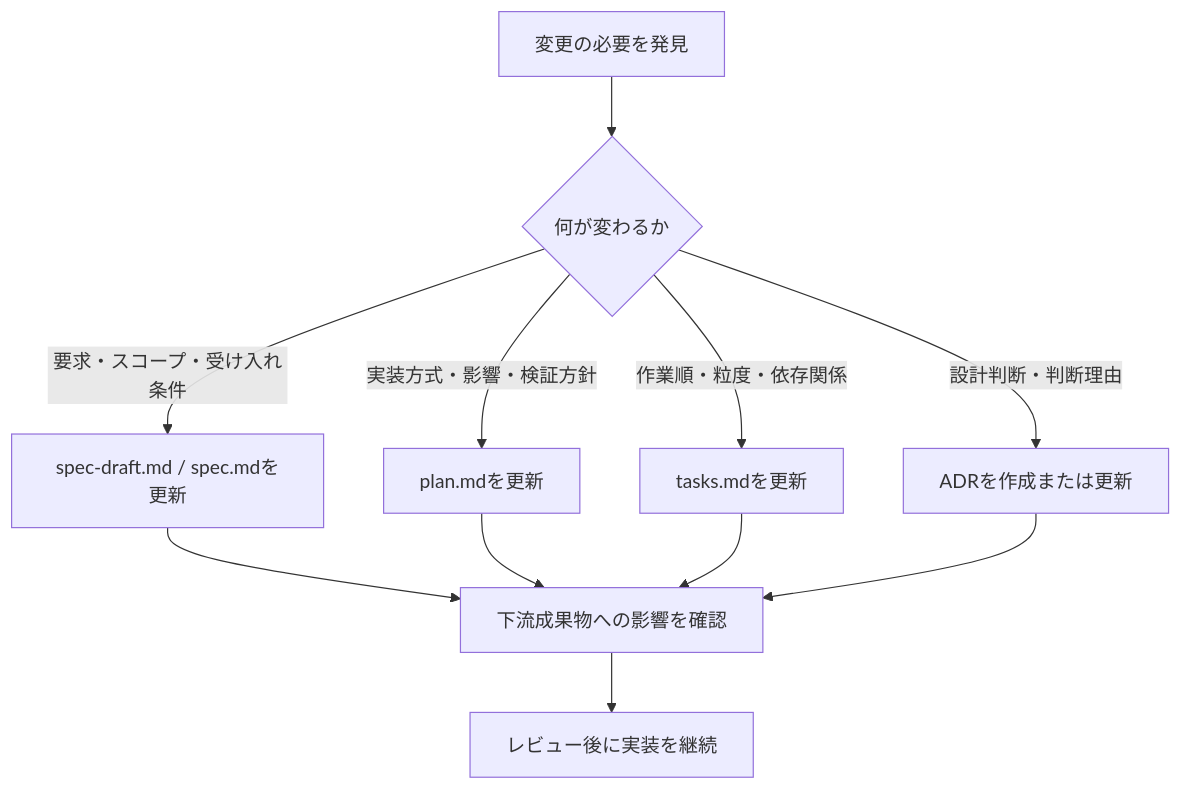
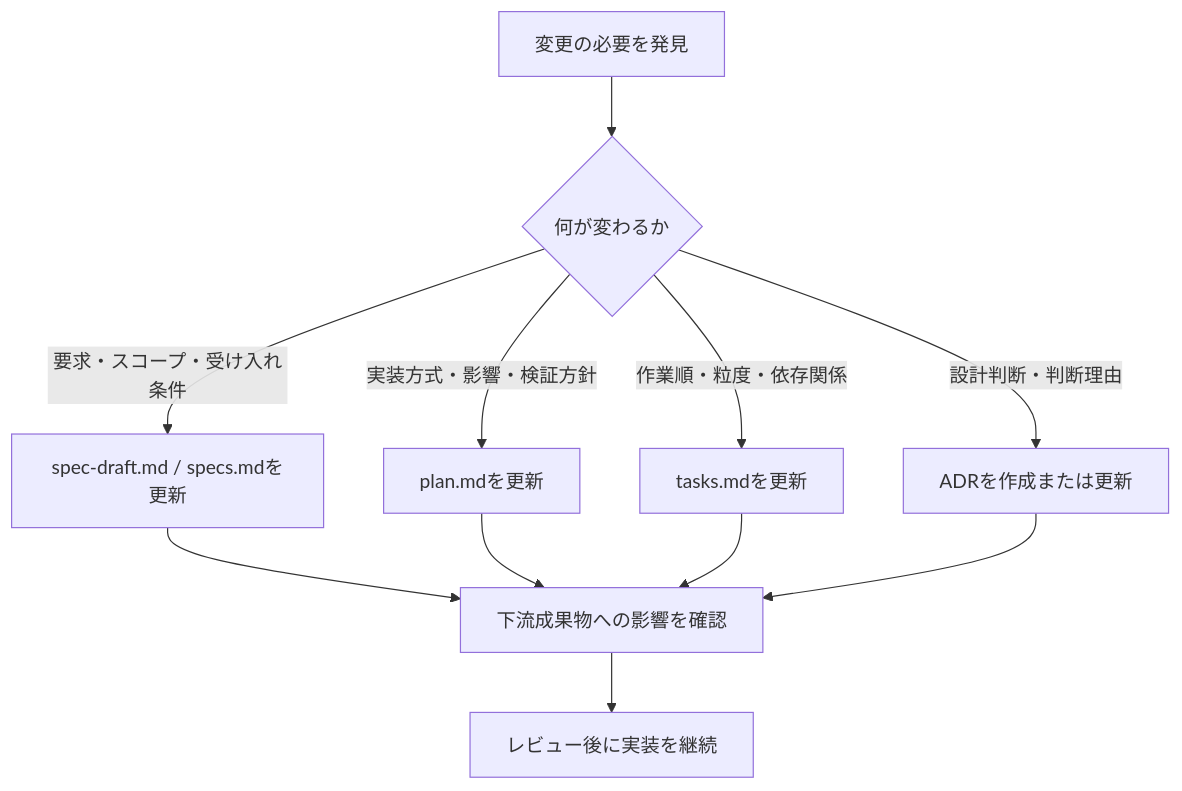
The diagram in docs/SDD/team-development.md (rafty/OpenAIAgentCore-base), drawn with Mermaid before and after one commit. The commit also changed other lines of this file and 16 other files, not shown here.

````diff
--- a/docs/SDD/team-development.md
+++ b/docs/SDD/team-development.md
@@ -217,13 +217,13 @@
 ```mermaid
 flowchart TD
     A[変更の必要を発見] --> B{何が変わるか}
-    B -- 要求・スコープ・受け入れ条件 --> C[spec-draft.md / spec.mdを更新]
+    B -- 要求・スコープ・受け入れ条件 --> C[spec-draft.md / specs.mdを更新]
     B -- 実装方式・影響・検証方針 --> D[plan.mdを更新]
     B -- 作業順・粒度・依存関係 --> E[tasks.mdを更新]
     B -- 設計判断・判断理由 --> F[ADRを作成または更新]
     C --> G[下流成果物への影響を確認]
     D --> G
     E --> G
     F --> G
     G --> H[レビュー後に実装を継続]
 ```
````
